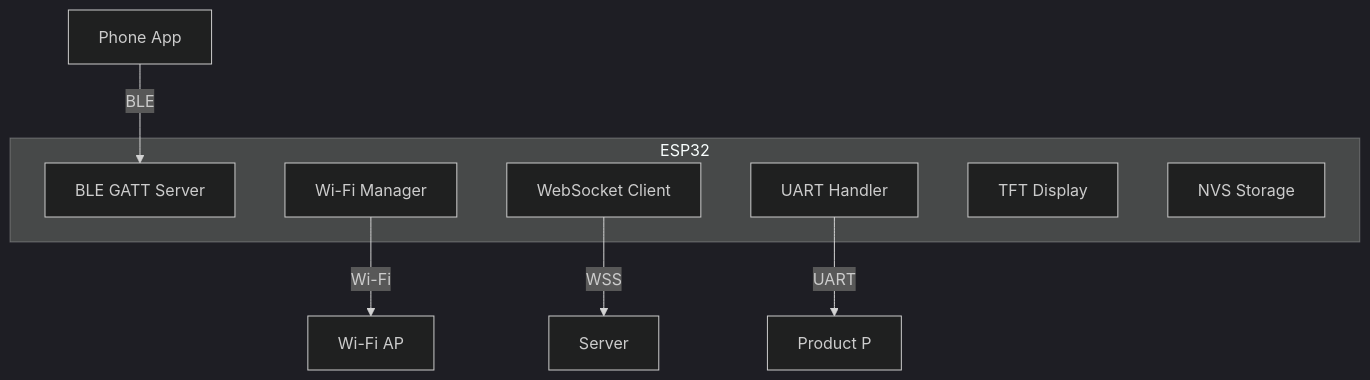
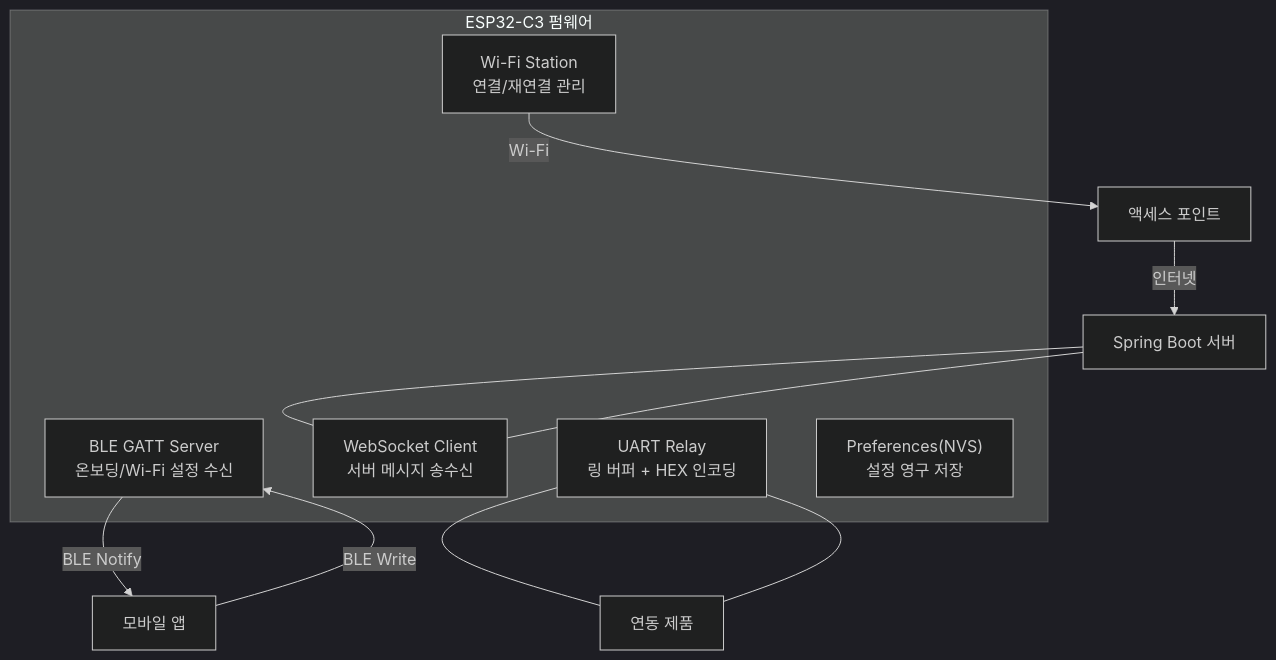
Before and after one commit to hyunu/nexio: the first of 5 diagrams in firmware/design.md, drawn with Mermaid (dark theme). The commit also changed other lines of this file and 1 other file, not shown here.

First line of the commit message:
펌웨어: 코드 구조 전면 개편 및 상세 설계서 추가

````diff
--- a/firmware/design.md
+++ b/firmware/design.md
@@ -9,16 +11,19 @@
 ```mermaid
 graph TB
-    subgraph ESP32
-        BLE[BLE GATT Server]
-        WIFI[Wi-Fi Manager]
-        WS[WebSocket Client]
-        UART[UART Handler]
-        DIS[TFT Display]
-        NVS[NVS Storage]
+    subgraph ESP32["ESP32-C3 펌웨어"]
+        BLE["BLE GATT Server<br/>온보딩/Wi-Fi 설정 수신"]
+        WIFI["Wi-Fi Station<br/>연결/재연결 관리"]
+        WS["WebSocket Client<br/>서버 메시지 송수신"]
+        UART["UART Relay<br/>링 버퍼 + HEX 인코딩"]
+        NVS["Preferences(NVS)<br/>설정 영구 저장"]
     end
 
-    PHONE[Phone App] -->|BLE| BLE
-    WIFI -->|Wi-Fi| AP[Wi-Fi AP]
-    WS -->|WSS| SERVER[Server]
-    UART -->|UART| PRODUCT[Product P]
+    PHONE["모바일 앱"] -->|BLE Write| BLE
+    BLE -->|BLE Notify| PHONE
+    WIFI -->|Wi-Fi| AP["액세스 포인트"]
+    AP -->|인터넷| SERVER["Spring Boot 서버"]
+    WS --- SERVER
+    SERVER --- WS
+    UART --- PRODUCT["연동 제품"]
+    PRODUCT --- UART
 ```
````
